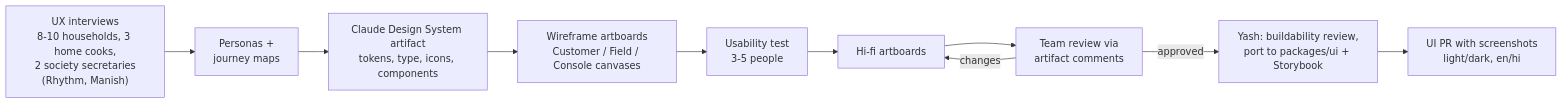
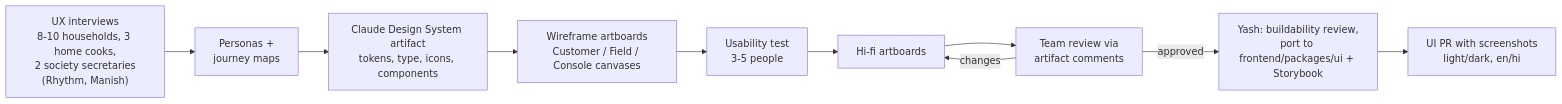
One commit to prelekar7/GharBasket changed the eighth of 8 diagrams in docs/handbook/09-frontend-and-design.md. Above: the diagram before and after it, drawn with Mermaid. The commit also changed other lines of this file and 154 other files, not shown here.

````diff
--- a/docs/handbook/09-frontend-and-design.md
+++ b/docs/handbook/09-frontend-and-design.md
@@ -253,12 +253,12 @@
 ```mermaid
 flowchart LR
     UX["UX interviews<br/>8-10 households, 3 home cooks,<br/>2 society secretaries<br/>(Rhythm, Manish)"] --> PJ["Personas +<br/>journey maps"]
     PJ --> DSA["Claude Design System artifact<br/>tokens, type, icons, components"]
     DSA --> WF["Wireframe artboards<br/>Customer / Field / Console canvases"]
     WF --> UT["Usability test<br/>3-5 people"]
     UT --> HF["Hi-fi artboards"]
     HF --> RV["Team review via<br/>artifact comments"]
     RV -->|changes| HF
-    RV -->|approved| BLD["Yash: buildability review,<br/>port to packages/ui + Storybook"]
+    RV -->|approved| BLD["Yash: buildability review,<br/>port to frontend/packages/ui + Storybook"]
     BLD --> PR["UI PR with screenshots<br/>light/dark, en/hi"]
 ```
````
